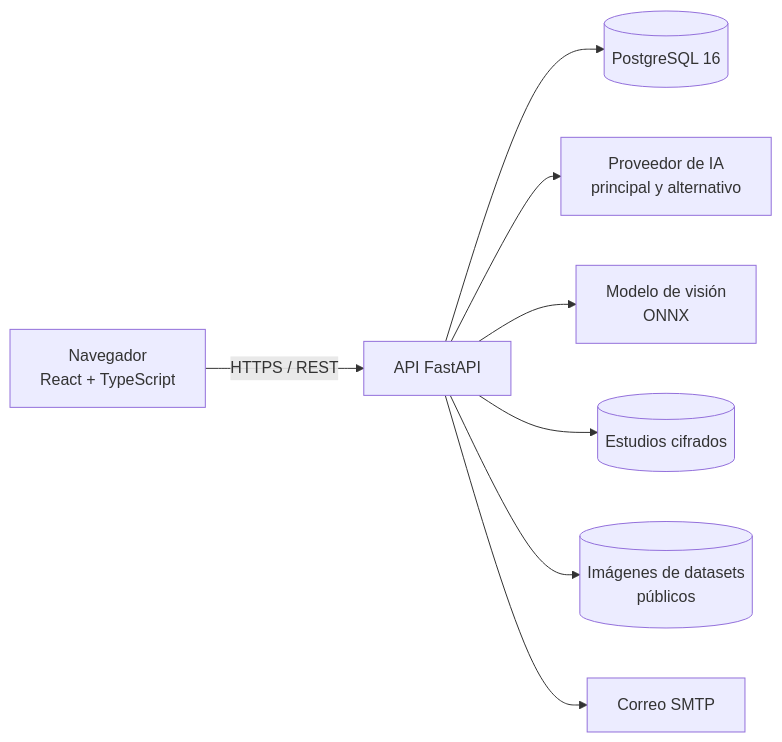
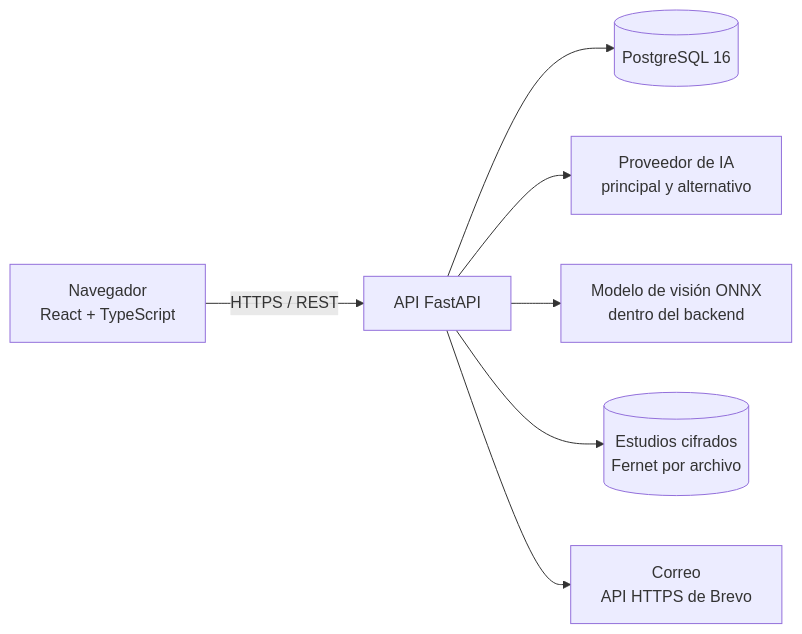
Before and after one commit to rivasnico356-png/colorrectal-sim: the first of 2 diagrams in docs/gitbook/arquitectura.md, drawn with Mermaid. The commit also changed other lines of this file and 9 other files, not shown here.

````diff
--- a/docs/gitbook/arquitectura.md
+++ b/docs/gitbook/arquitectura.md
@@ -5,10 +5,9 @@
 ```mermaid
 flowchart LR
     U[Navegador<br/>React + TypeScript] -->|HTTPS / REST| A[API FastAPI]
     A --> DB[(PostgreSQL 16)]
     A --> IA[Proveedor de IA<br/>principal y alternativo]
-    A --> V[Modelo de visión<br/>ONNX]
-    A --> ES[(Estudios cifrados)]
-    A --> M[(Imágenes de datasets<br/>públicos)]
-    A --> C[Correo SMTP]
+    A --> V[Modelo de visión ONNX<br/>dentro del backend]
+    A --> ES[(Estudios cifrados<br/>Fernet por archivo)]
+    A --> C[Correo<br/>API HTTPS de Brevo]
 ```
````
